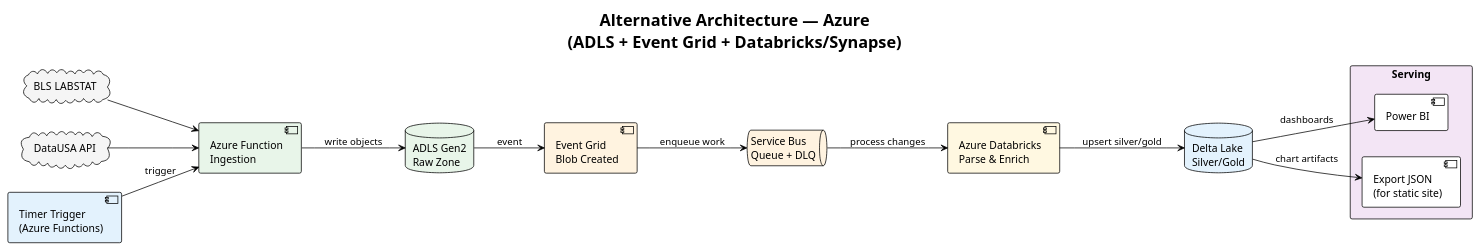
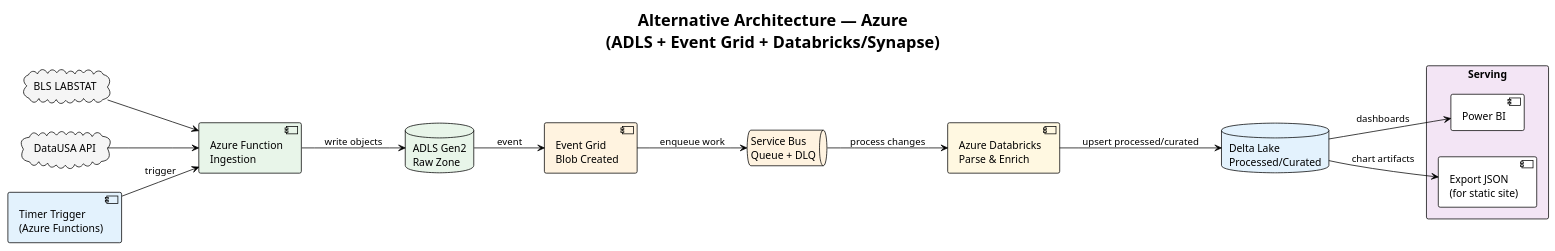
One commit to TechR10n/fomc-agent changed the diagram in site/puml/alt-azure.puml. Above: the diagram before and after it, drawn with PlantUML. The commit also changed other lines of this file and 2768 other files, not shown here.

```diff
--- a/site/puml/alt-azure.puml
+++ b/site/puml/alt-azure.puml
@@ -1,34 +1,34 @@
 @startuml alt-azure
 !theme plain
 left to right direction
 title Alternative Architecture — Azure\n(ADLS + Event Grid + Databricks/Synapse)
 
 cloud "BLS LABSTAT" as BLS #F5F5F5
 cloud "DataUSA API" as DataUSA #F5F5F5
 
 component "Timer Trigger\n(Azure Functions)" as Scheduler #E3F2FD
 component "Azure Function\nIngestion" as Ingest #E8F5E9
 database "ADLS Gen2\nRaw Zone" as Raw #E8F5E9
 
 component "Event Grid\nBlob Created" as EG #FFF3E0
 queue "Service Bus\nQueue + DLQ" as SB #FFF3E0
 component "Azure Databricks\nParse & Enrich" as DBX #FFF8E1
-database "Delta Lake\nSilver/Gold" as Delta #E3F2FD
+database "Delta Lake\nProcessed/Curated" as Delta #E3F2FD
 
 rectangle "Serving" as Serving #F3E5F5 {
   component "Power BI" as PBI
   component "Export JSON\n(for static site)" as Export
 }
 
 Scheduler --> Ingest : trigger
 BLS --> Ingest
 DataUSA --> Ingest
 Ingest --> Raw : write objects
 Raw --> EG : event
 EG --> SB : enqueue work
 SB --> DBX : process changes
-DBX --> Delta : upsert silver/gold
+DBX --> Delta : upsert processed/curated
 Delta --> PBI : dashboards
 Delta --> Export : chart artifacts
 
 @enduml
```
